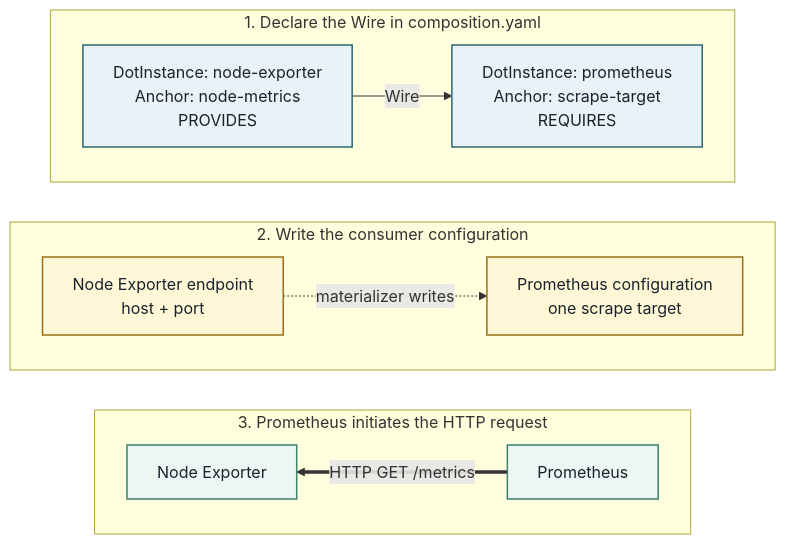
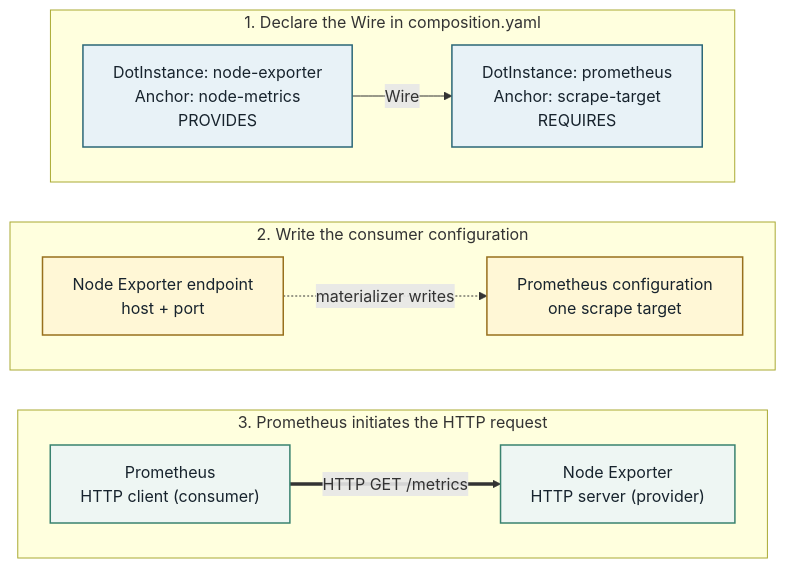
One commit to MARE-EU-Project/DOT-Docs changed the diagram in DOT-Design/next/dot-design/_attachments/diagrams/tutorial-wiring.mmd. Above: the diagram before and after it, drawn with Mermaid. The commit also changed 7 other files, not shown here.

```diff
--- a/DOT-Design/next/dot-design/_attachments/diagrams/tutorial-wiring.mmd
+++ b/DOT-Design/next/dot-design/_attachments/diagrams/tutorial-wiring.mmd
@@ -1,35 +1,35 @@
 %%{init: {"themeCSS": ".edgeLabel rect { opacity: 1 !important; }", "flowchart": {"wrappingWidth": 280, "rankSpacing": 40}}}%%
 flowchart TB
   accTitle: One monitoring connection, three views
-  accDescr: The composition Wire connects Node Exporter's node-metrics Anchor, which provides the interface, to Prometheus's scrape-target Anchor, which requires it. A materializer writes the Node Exporter endpoint into Prometheus's scrape configuration. At runtime Prometheus sends HTTP GET /metrics to Node Exporter, opposite to the Wire direction.
+  accDescr: The composition Wire connects Node Exporter's node-metrics Anchor, which provides the interface, to Prometheus's scrape-target Anchor, which requires it. A materializer writes the Node Exporter endpoint into Prometheus's scrape configuration. The runtime panel reads left to right from Prometheus, the HTTP client and consumer, to Node Exporter, the HTTP server and provider. The Wire connects provider to consumer; the HTTP request goes from consumer to provider.
 
   subgraph declaration["1. Declare the Wire in composition.yaml"]
     direction LR
     provides["DotInstance: node-exporter<br/>Anchor: node-metrics<br/>PROVIDES"]
     requires["DotInstance: prometheus<br/>Anchor: scrape-target<br/>REQUIRES"]
     provides -->|"Wire"| requires
   end
 
   subgraph configuration["2. Write the consumer configuration"]
     direction LR
     endpoint["Node Exporter endpoint<br/>host + port"]
     target["Prometheus configuration<br/>one scrape target"]
     endpoint -.->|"materializer writes"| target
   end
 
   subgraph runtime["3. Prometheus initiates the HTTP request"]
-    direction RL
-    prometheus["Prometheus"]
-    exporter["Node Exporter"]
+    direction LR
+    prometheus["Prometheus<br/>HTTP client (consumer)"]
+    exporter["Node Exporter<br/>HTTP server (provider)"]
     prometheus ==>|"HTTP GET /metrics"| exporter
   end
 
   declaration ~~~ configuration
   configuration ~~~ runtime
 
   classDef declared fill:#e8f2f7,stroke:#2b6777,color:#17232d,stroke-width:1.5px;
   classDef configured fill:#fff7d6,stroke:#98701d,color:#17232d,stroke-width:1.5px;
   classDef running fill:#eef6f3,stroke:#39826f,color:#17232d,stroke-width:1.5px;
   class provides,requires declared;
   class endpoint,target configured;
   class prometheus,exporter running;
```
